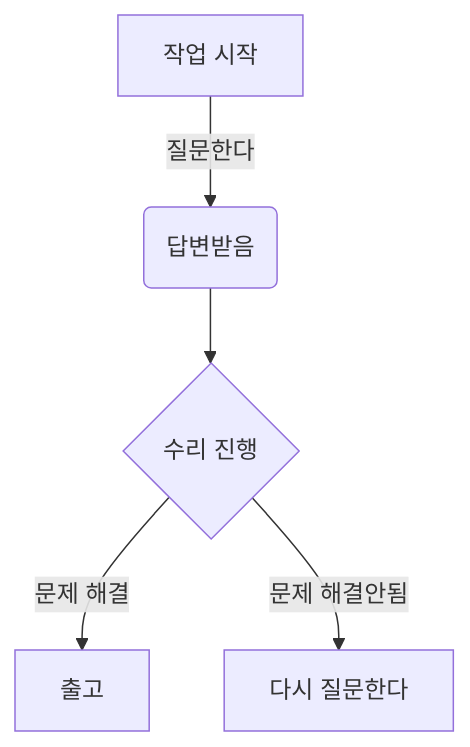
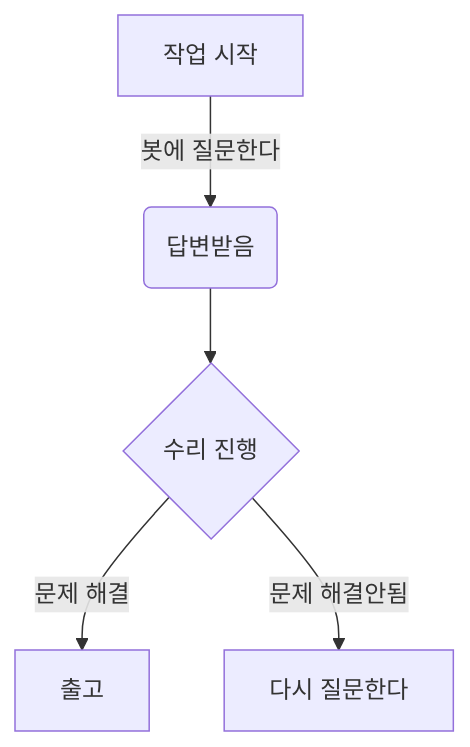
One commit to SungjaeS/auto_repair changed the fifth of 5 diagrams in README.md. Above: the diagram before and after it, drawn with Mermaid. The commit also changed other lines of this file, not shown here.

Commit message:
ㅇ

````diff
--- a/README.md
+++ b/README.md
@@ -381,7 +381,7 @@
 ```mermaid
 		graph TD
-	    A[작업 시작] -->|질문한다| B(답변받음)
+	    A[작업 시작] -->|봇에 질문한다| B(답변받음)
 	    B --> C{수리 진행}
 	    C -->|문제 해결| D[출고]
 	    C -->|문제 해결안됨| F[다시 질문한다]
 ```
````
